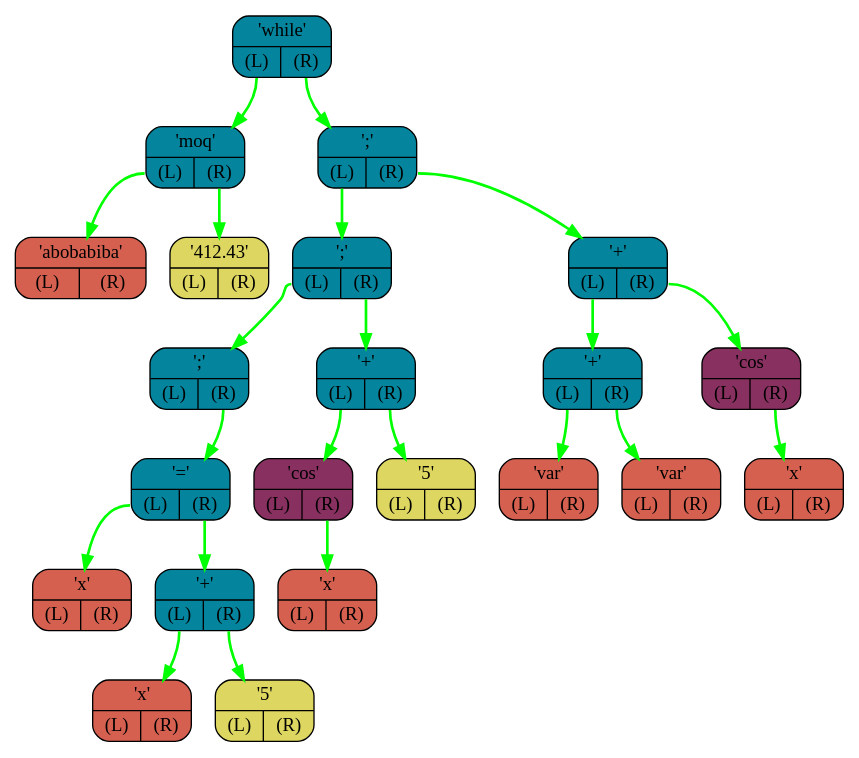
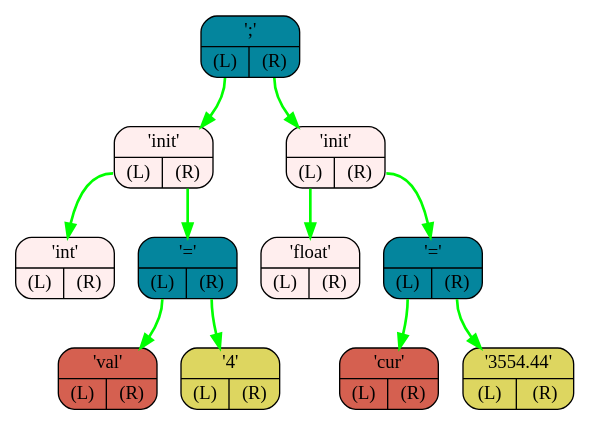
The diagram in FrontEnd/logs/graph.dot (I1Va/OptimaLang), drawn with Graphviz before and after one commit. The commit also changed 17 other files, not shown here.

```diff
--- a/FrontEnd/logs/graph.dot
+++ b/FrontEnd/logs/graph.dot
@@ -1,46 +1,24 @@
 digraph G{
     rankdir=TB;
-    NODE0x7ffdc6894148[shape="Mrecord",color="black",fillcolor="#04859D",style="filled",label="{'while' | {<L> (L) | <R> (R)}}"]
-    NODE0x7ffdc6894170[shape="Mrecord",color="black",fillcolor="#04859D",style="filled",label="{'moq' | {<L> (L) | <R> (R)}}"]
-    NODE0x7ffdc6894198[shape="Mrecord",color="black",fillcolor="#d56050",style="filled",label="{'abobabiba' | {<L> (L) | <R> (R)}}"]
-    NODE0x7ffdc68941c0[shape="Mrecord",color="black",fillcolor="#ddd660",style="filled",label="{'412.43' | {<L> (L) | <R> (R)}}"]
-    NODE0x7ffdc68941e8[shape="Mrecord",color="black",fillcolor="#04859D",style="filled",label="{';' | {<L> (L) | <R> (R)}}"]
-    NODE0x7ffdc6894210[shape="Mrecord",color="black",fillcolor="#04859D",style="filled",label="{';' | {<L> (L) | <R> (R)}}"]
-    NODE0x7ffdc6894238[shape="Mrecord",color="black",fillcolor="#04859D",style="filled",label="{';' | {<L> (L) | <R> (R)}}"]
-    NODE0x7ffdc6894260[shape="Mrecord",color="black",fillcolor="#04859D",style="filled",label="{'=' | {<L> (L) | <R> (R)}}"]
-    NODE0x7ffdc6894288[shape="Mrecord",color="black",fillcolor="#d56050",style="filled",label="{'x' | {<L> (L) | <R> (R)}}"]
-    NODE0x7ffdc68942b0[shape="Mrecord",color="black",fillcolor="#04859D",style="filled",label="{'+' | {<L> (L) | <R> (R)}}"]
-    NODE0x7ffdc68942d8[shape="Mrecord",color="black",fillcolor="#d56050",style="filled",label="{'x' | {<L> (L) | <R> (R)}}"]
-    NODE0x7ffdc6894300[shape="Mrecord",color="black",fillcolor="#ddd660",style="filled",label="{'5' | {<L> (L) | <R> (R)}}"]
-    NODE0x7ffdc6894328[shape="Mrecord",color="black",fillcolor="#04859D",style="filled",label="{'+' | {<L> (L) | <R> (R)}}"]
-    NODE0x7ffdc6894350[shape="Mrecord",color="black",fillcolor="#883060",style="filled",label="{'cos' | {<L> (L) | <R> (R)}}"]
-    NODE0x7ffdc6894378[shape="Mrecord",color="black",fillcolor="#d56050",style="filled",label="{'x' | {<L> (L) | <R> (R)}}"]
-    NODE0x7ffdc68943a0[shape="Mrecord",color="black",fillcolor="#ddd660",style="filled",label="{'5' | {<L> (L) | <R> (R)}}"]
-    NODE0x7ffdc68943c8[shape="Mrecord",color="black",fillcolor="#04859D",style="filled",label="{'+' | {<L> (L) | <R> (R)}}"]
-    NODE0x7ffdc68943f0[shape="Mrecord",color="black",fillcolor="#04859D",style="filled",label="{'+' | {<L> (L) | <R> (R)}}"]
-    NODE0x7ffdc6894418[shape="Mrecord",color="black",fillcolor="#d56050",style="filled",label="{'var' | {<L> (L) | <R> (R)}}"]
-    NODE0x7ffdc6894440[shape="Mrecord",color="black",fillcolor="#d56050",style="filled",label="{'var' | {<L> (L) | <R> (R)}}"]
-    NODE0x7ffdc6894468[shape="Mrecord",color="black",fillcolor="#883060",style="filled",label="{'cos' | {<L> (L) | <R> (R)}}"]
-    NODE0x7ffdc6894490[shape="Mrecord",color="black",fillcolor="#d56050",style="filled",label="{'x' | {<L> (L) | <R> (R)}}"]
-    NODE0x7ffdc6894170:L-> NODE0x7ffdc6894198 [color="#00FF00",penwidth=2,label=""]
-    NODE0x7ffdc6894170:R-> NODE0x7ffdc68941c0 [color="#00FF00",penwidth=2,label=""]
-    NODE0x7ffdc68942b0:L-> NODE0x7ffdc68942d8 [color="#00FF00",penwidth=2,label=""]
-    NODE0x7ffdc68942b0:R-> NODE0x7ffdc6894300 [color="#00FF00",penwidth=2,label=""]
-    NODE0x7ffdc6894260:L-> NODE0x7ffdc6894288 [color="#00FF00",penwidth=2,label=""]
-    NODE0x7ffdc6894260:R-> NODE0x7ffdc68942b0 [color="#00FF00",penwidth=2,label=""]
-    NODE0x7ffdc6894238:R-> NODE0x7ffdc6894260 [color="#00FF00",penwidth=2,label=""]
-    NODE0x7ffdc6894350:R-> NODE0x7ffdc6894378 [color="#00FF00",penwidth=2,label=""]
-    NODE0x7ffdc6894328:L-> NODE0x7ffdc6894350 [color="#00FF00",penwidth=2,label=""]
-    NODE0x7ffdc6894328:R-> NODE0x7ffdc68943a0 [color="#00FF00",penwidth=2,label=""]
-    NODE0x7ffdc6894210:L-> NODE0x7ffdc6894238 [color="#00FF00",penwidth=2,label=""]
-    NODE0x7ffdc6894210:R-> NODE0x7ffdc6894328 [color="#00FF00",penwidth=2,label=""]
-    NODE0x7ffdc68943f0:L-> NODE0x7ffdc6894418 [color="#00FF00",penwidth=2,label=""]
-    NODE0x7ffdc68943f0:R-> NODE0x7ffdc6894440 [color="#00FF00",penwidth=2,label=""]
-    NODE0x7ffdc6894468:R-> NODE0x7ffdc6894490 [color="#00FF00",penwidth=2,label=""]
-    NODE0x7ffdc68943c8:L-> NODE0x7ffdc68943f0 [color="#00FF00",penwidth=2,label=""]
-    NODE0x7ffdc68943c8:R-> NODE0x7ffdc6894468 [color="#00FF00",penwidth=2,label=""]
-    NODE0x7ffdc68941e8:L-> NODE0x7ffdc6894210 [color="#00FF00",penwidth=2,label=""]
-    NODE0x7ffdc68941e8:R-> NODE0x7ffdc68943c8 [color="#00FF00",penwidth=2,label=""]
-    NODE0x7ffdc6894148:L-> NODE0x7ffdc6894170 [color="#00FF00",penwidth=2,label=""]
-    NODE0x7ffdc6894148:R-> NODE0x7ffdc68941e8 [color="#00FF00",penwidth=2,label=""]
+    NODE0x7ffd223a4728[shape="Mrecord",color="black",fillcolor="#04859D",style="filled",label="{';' | {<L> (L) | <R> (R)}}"]
+    NODE0x7ffd223a4750[shape="Mrecord",color="black",fillcolor="#FFEEEE",style="filled",label="{'init' | {<L> (L) | <R> (R)}}"]
+    NODE0x7ffd223a4778[shape="Mrecord",color="black",fillcolor="#FFEEEE",style="filled",label="{'int' | {<L> (L) | <R> (R)}}"]
+    NODE0x7ffd223a47a0[shape="Mrecord",color="black",fillcolor="#04859D",style="filled",label="{'=' | {<L> (L) | <R> (R)}}"]
+    NODE0x7ffd223a47c8[shape="Mrecord",color="black",fillcolor="#d56050",style="filled",label="{'val' | {<L> (L) | <R> (R)}}"]
+    NODE0x7ffd223a47f0[shape="Mrecord",color="black",fillcolor="#ddd660",style="filled",label="{'4' | {<L> (L) | <R> (R)}}"]
+    NODE0x7ffd223a4818[shape="Mrecord",color="black",fillcolor="#FFEEEE",style="filled",label="{'init' | {<L> (L) | <R> (R)}}"]
+    NODE0x7ffd223a4840[shape="Mrecord",color="black",fillcolor="#FFEEEE",style="filled",label="{'float' | {<L> (L) | <R> (R)}}"]
+    NODE0x7ffd223a4868[shape="Mrecord",color="black",fillcolor="#04859D",style="filled",label="{'=' | {<L> (L) | <R> (R)}}"]
+    NODE0x7ffd223a4890[shape="Mrecord",color="black",fillcolor="#d56050",style="filled",label="{'cur' | {<L> (L) | <R> (R)}}"]
+    NODE0x7ffd223a48b8[shape="Mrecord",color="black",fillcolor="#ddd660",style="filled",label="{'3554.44' | {<L> (L) | <R> (R)}}"]
+    NODE0x7ffd223a47a0:L-> NODE0x7ffd223a47c8 [color="#00FF00",penwidth=2,label=""]
+    NODE0x7ffd223a47a0:R-> NODE0x7ffd223a47f0 [color="#00FF00",penwidth=2,label=""]
+    NODE0x7ffd223a4750:L-> NODE0x7ffd223a4778 [color="#00FF00",penwidth=2,label=""]
+    NODE0x7ffd223a4750:R-> NODE0x7ffd223a47a0 [color="#00FF00",penwidth=2,label=""]
+    NODE0x7ffd223a4868:L-> NODE0x7ffd223a4890 [color="#00FF00",penwidth=2,label=""]
+    NODE0x7ffd223a4868:R-> NODE0x7ffd223a48b8 [color="#00FF00",penwidth=2,label=""]
+    NODE0x7ffd223a4818:L-> NODE0x7ffd223a4840 [color="#00FF00",penwidth=2,label=""]
+    NODE0x7ffd223a4818:R-> NODE0x7ffd223a4868 [color="#00FF00",penwidth=2,label=""]
+    NODE0x7ffd223a4728:L-> NODE0x7ffd223a4750 [color="#00FF00",penwidth=2,label=""]
+    NODE0x7ffd223a4728:R-> NODE0x7ffd223a4818 [color="#00FF00",penwidth=2,label=""]
 }
```
